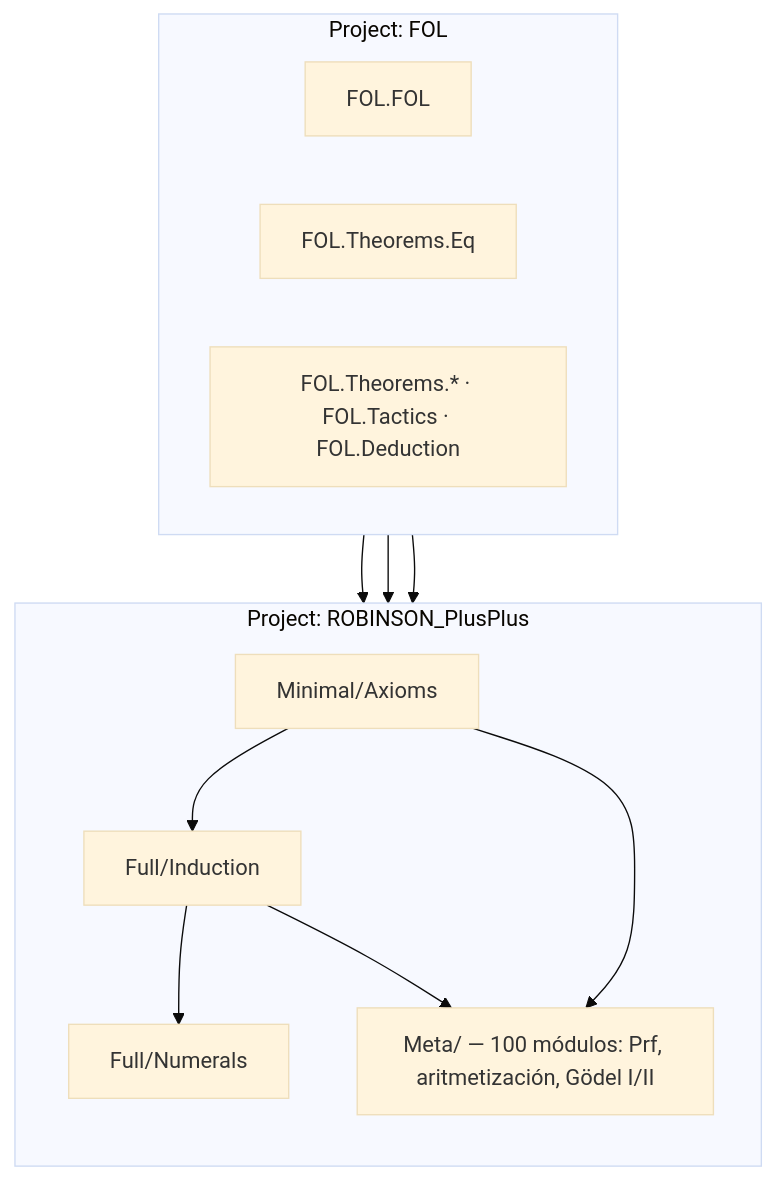
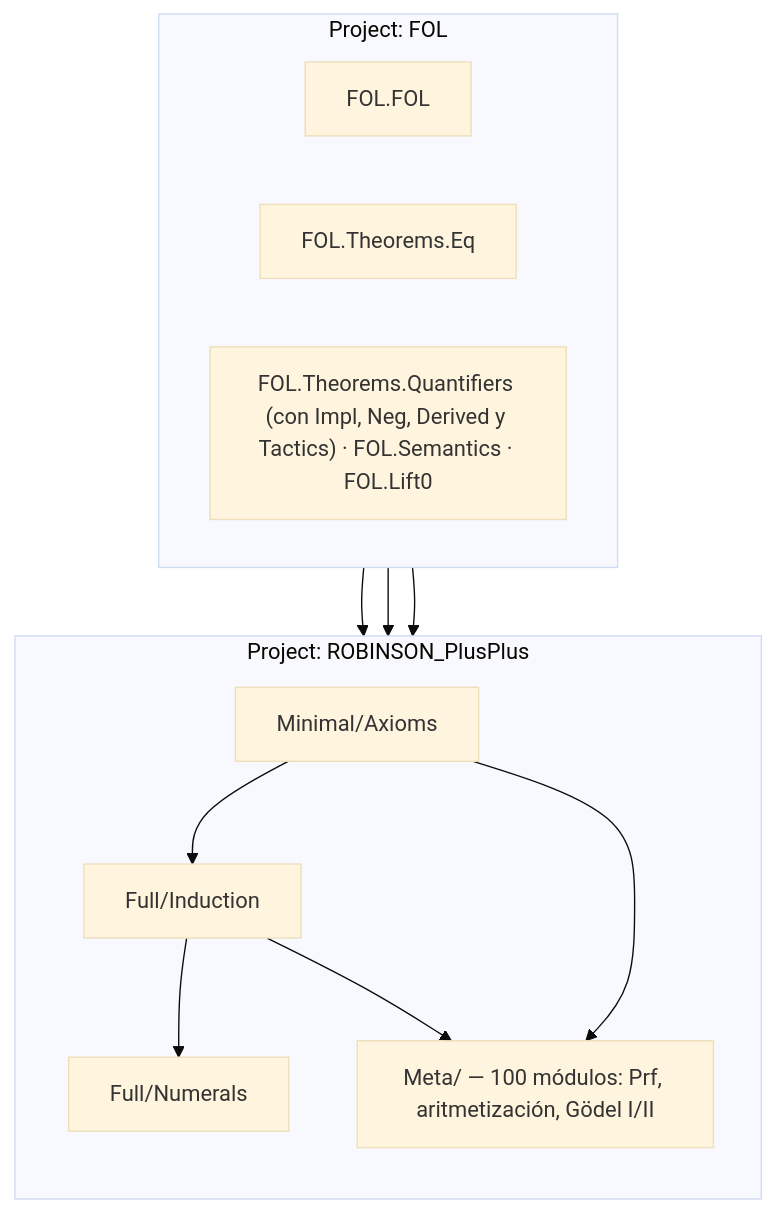
One commit to julian1c2a/ROBINSON_PlusPlus changed the diagram in REFERENCE.md. Above: the diagram before and after it, drawn with Mermaid (base theme). The commit also changed other lines of this file and 33 other files, not shown here.

Commit message:
ADR-170: T74 — el cono, re-medido con los 24 titulares, y los import de FOL sin nada en él, retirados (58 en 14 ficheros; vuelve sólo FOL.Lift0 en Meta/TarskiPrf.lean, para tres declaraciones fuera del cono); FOL.Deduction sale del build (132 jobs); el cono, idéntico

````diff
--- a/REFERENCE.md
+++ b/REFERENCE.md
@@ -279,25 +279,25 @@
 ```mermaid
 graph TD
     subgraph FOL ["Project: FOL"]
         direction LR
         FOL_FOL["FOL.FOL"]
         FOL_Eq["FOL.Theorems.Eq"]
-        FOL_Th["FOL.Theorems.* · FOL.Tactics · FOL.Deduction"]
+        FOL_Th["FOL.Theorems.Quantifiers (con Impl, Neg, Derived y Tactics) · FOL.Semantics · FOL.Lift0"]
     end
 
     subgraph RPP ["Project: ROBINSON_PlusPlus"]
         direction TB
         Axioms["Minimal/Axioms"]
         Induction["Full/Induction"]
         Numerals["Full/Numerals"]
         Meta["Meta/ — 100 módulos: Prf, aritmetización, Gödel I/II"]
     end
 
     FOL_FOL --> Axioms
     FOL_Eq --> Axioms
     Axioms --> Induction
     FOL_Th --> Induction
     Induction --> Numerals
     Induction --> Meta
     Axioms --> Meta
 ```
````
